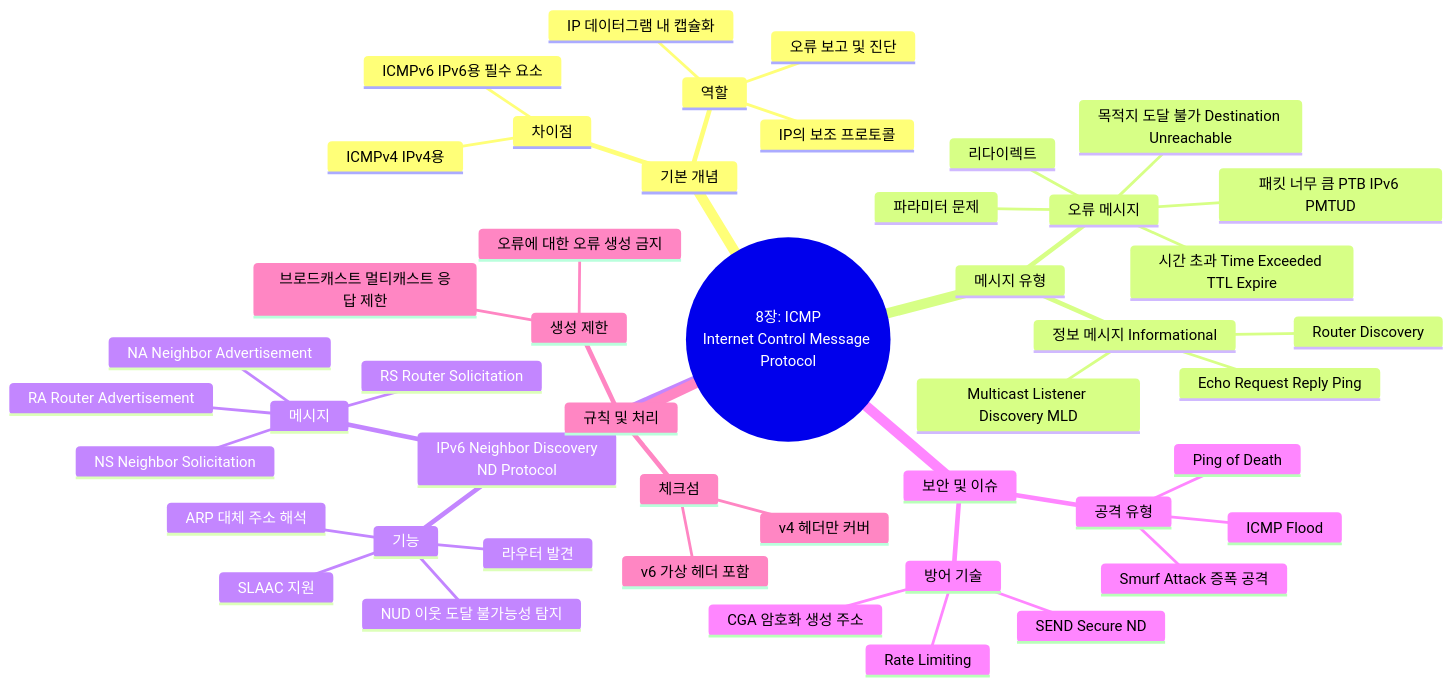
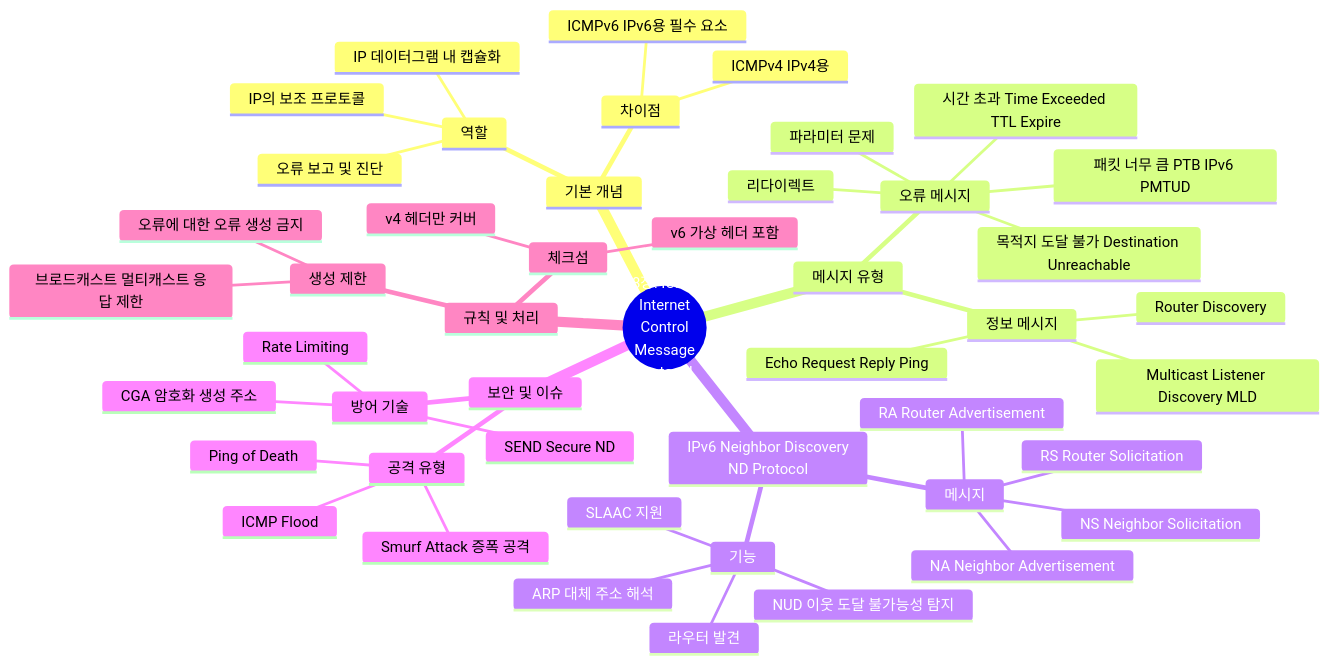
Before and after one commit to youngmin-gwon/what-i-studied: the diagram in 01_inbox/books/tcp_ip_illustrated_1/chapter8.md, drawn with Mermaid. The commit also changed other lines of this file and 10 other files, not shown here.

````diff
--- a/01_inbox/books/tcp_ip_illustrated_1/chapter8.md
+++ b/01_inbox/books/tcp_ip_illustrated_1/chapter8.md
@@ -16,50 +16,50 @@
 ```mermaid
 mindmap
-  root((8장: ICMP<br>Internet Control Message Protocol))
+  root((8장: ICMP<br>Internet<br>Control<br>Message<br>Protocol))
     기본 개념
       역할
         IP의 보조 프로토콜
         오류 보고 및 진단
         IP 데이터그램 내 캡슐화
       차이점
         ICMPv4 IPv4용
         ICMPv6 IPv6용 필수 요소
     메시지 유형
       오류 메시지
         목적지 도달 불가 Destination Unreachable
         패킷 너무 큼 PTB IPv6 PMTUD
         시간 초과 Time Exceeded TTL Expire
         파라미터 문제
         리다이렉트
-      정보 메시지 Informational
+      정보 메시지
         Echo Request Reply Ping
         Router Discovery
         Multicast Listener Discovery MLD
     IPv6 Neighbor Discovery<br>ND Protocol
       기능
         ARP 대체 주소 해석
         라우터 발견
         SLAAC 지원
         NUD 이웃 도달 불가능성 탐지
       메시지
         RS Router Solicitation
         RA Router Advertisement
         NS Neighbor Solicitation
         NA Neighbor Advertisement
     보안 및 이슈
       공격 유형
         Smurf Attack 증폭 공격
         Ping of Death
         ICMP Flood
       방어 기술
         SEND Secure ND
         CGA 암호화 생성 주소
         Rate Limiting
     규칙 및 처리
       생성 제한
         오류에 대한 오류 생성 금지
         브로드캐스트 멀티캐스트 응답 제한
       체크섬
         v4 헤더만 커버
         v6 가상 헤더 포함
 ```
````
